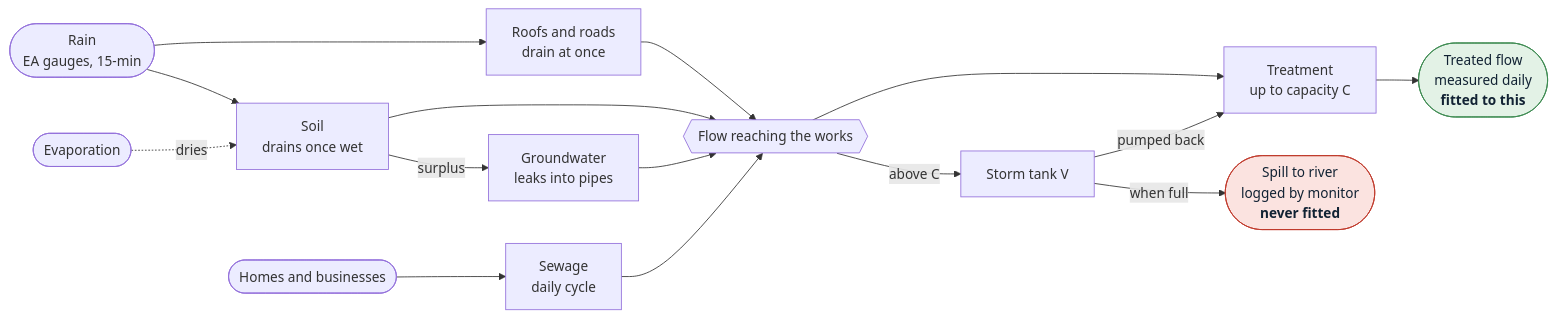
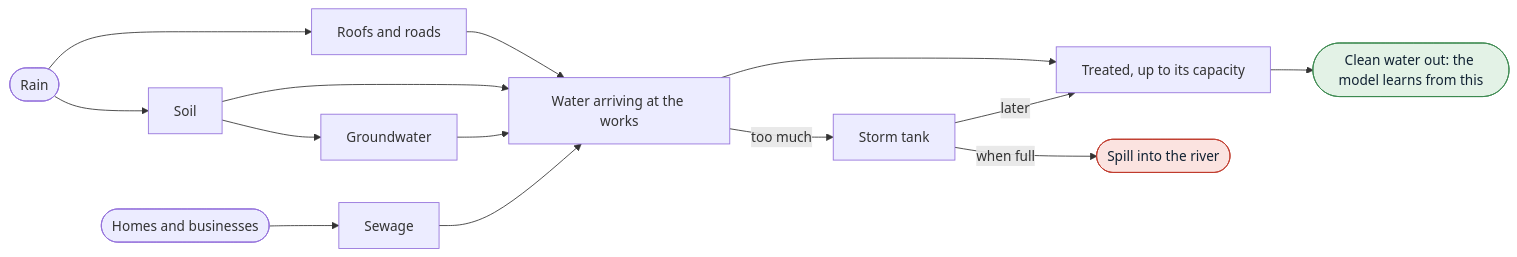
One commit to yctianr/OxHack-26 changed the diagram in README.md. Above: the diagram before and after it, drawn with Mermaid. The commit also changed other lines of this file, not shown here.

````diff
--- a/README.md
+++ b/README.md
@@ -28,21 +31,20 @@
 ```mermaid
 flowchart LR
-  rain([Rain<br/>EA gauges, 15-min]) --> hard[Roofs and roads<br/>drain at once]
-  rain --> soil[Soil<br/>drains once wet]
-  evap([Evaporation]) -. dries .-> soil
-  soil -- surplus --> gw[Groundwater<br/>leaks into pipes]
-  homes([Homes and businesses]) --> foul[Sewage<br/>daily cycle]
-  hard --> sewer{{Flow reaching the works}}
-  soil --> sewer
-  gw --> sewer
-  foul --> sewer
-  sewer --> works[Treatment<br/>up to capacity C]
-  works --> treated([Treated flow<br/>measured daily<br/><b>fitted to this</b>])
-  sewer -- above C --> tank[Storm tank V]
-  tank -- pumped back --> works
-  tank -- when full --> spill([Spill to river<br/>logged by monitor<br/><b>never fitted</b>])
-  classDef out fill:#e3f2e6,stroke:#3b8a50,color:#123
+  rain([Rain]) --> roofs[Roofs and roads]
+  rain --> soil[Soil]
+  soil --> ground[Groundwater]
+  homes([Homes and businesses]) --> sewage[Sewage]
+  roofs --> inflow[Water arriving at the works]
+  soil --> inflow
+  ground --> inflow
+  sewage --> inflow
+  inflow --> treat[Treated, up to its capacity]
+  treat --> out([Clean water out: the model learns from this])
+  inflow -- too much --> tank[Storm tank]
+  tank -- later --> treat
+  tank -- when full --> spill([Spill into the river])
+  classDef good fill:#e3f2e6,stroke:#3b8a50,color:#123
   classDef bad fill:#fbe3e0,stroke:#c0392b,color:#123
-  class treated out
+  class out good
   class spill bad
 ```
````
